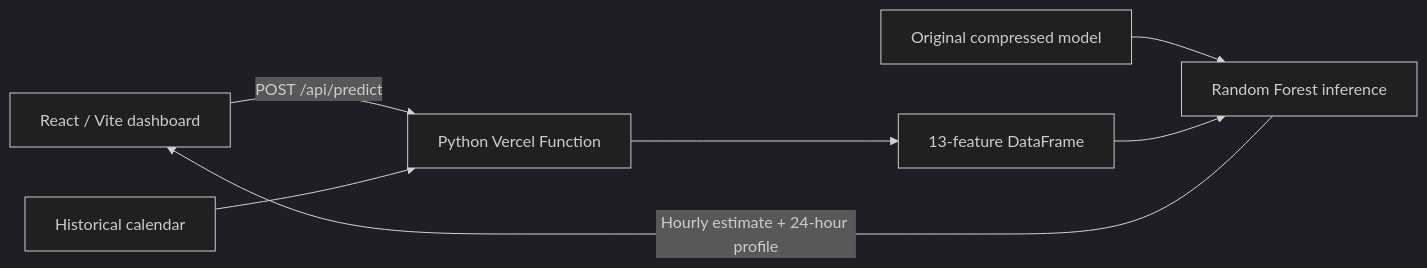
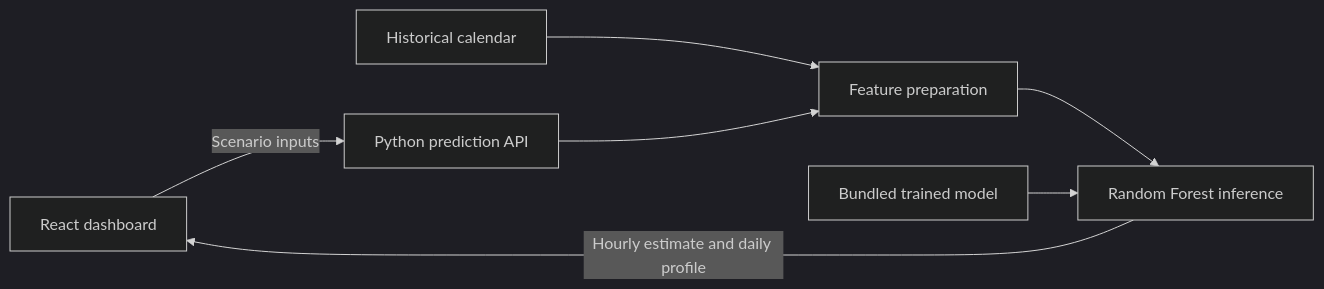
One commit to Thenul14/velocast-bike-demand changed the diagram in README.md. Above: the diagram before and after it, drawn with Mermaid (dark theme). The commit also changed other lines of this file, not shown here.

````diff
--- a/README.md
+++ b/README.md
@@ -61,9 +46,9 @@
 ```mermaid
 flowchart LR
-  A[React / Vite dashboard] -->|POST /api/predict| B[Python Vercel Function]
-  C[Historical calendar] --> B
-  B --> D[13-feature DataFrame]
-  E[Original compressed model] --> F[Random Forest inference]
-  D --> F
-  F -->|Hourly estimate + 24-hour profile| A
+    A[React dashboard] -->|Scenario inputs| B[Python prediction API]
+    C[Historical calendar] --> D[Feature preparation]
+    B --> D
+    D --> E[Random Forest inference]
+    F[Bundled trained model] --> E
+    E -->|Hourly estimate and daily profile| A
 ```
````
